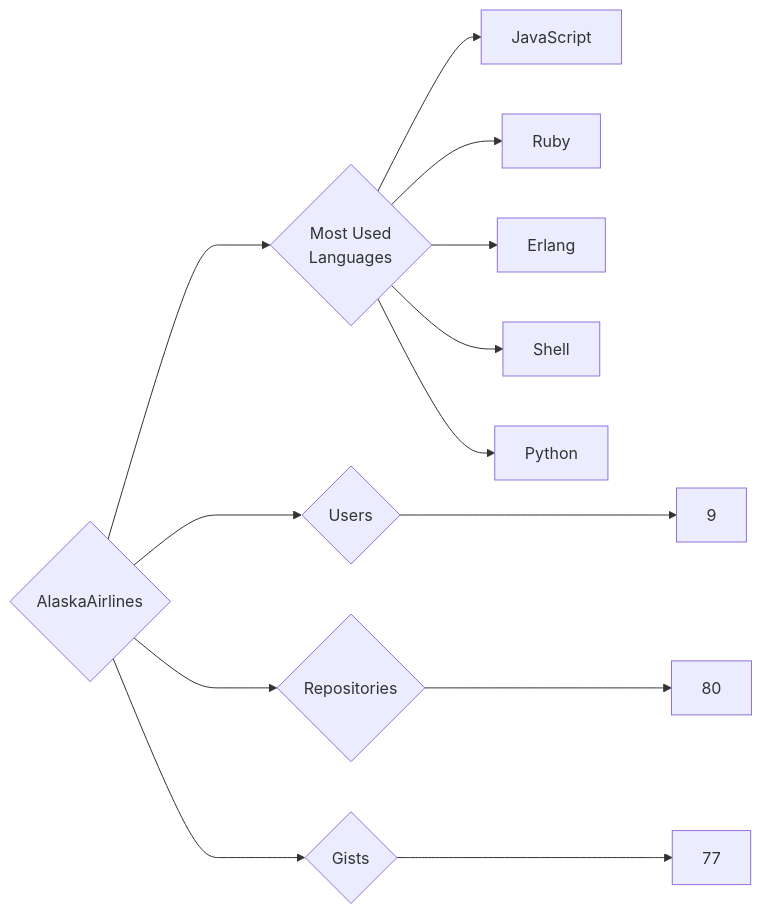
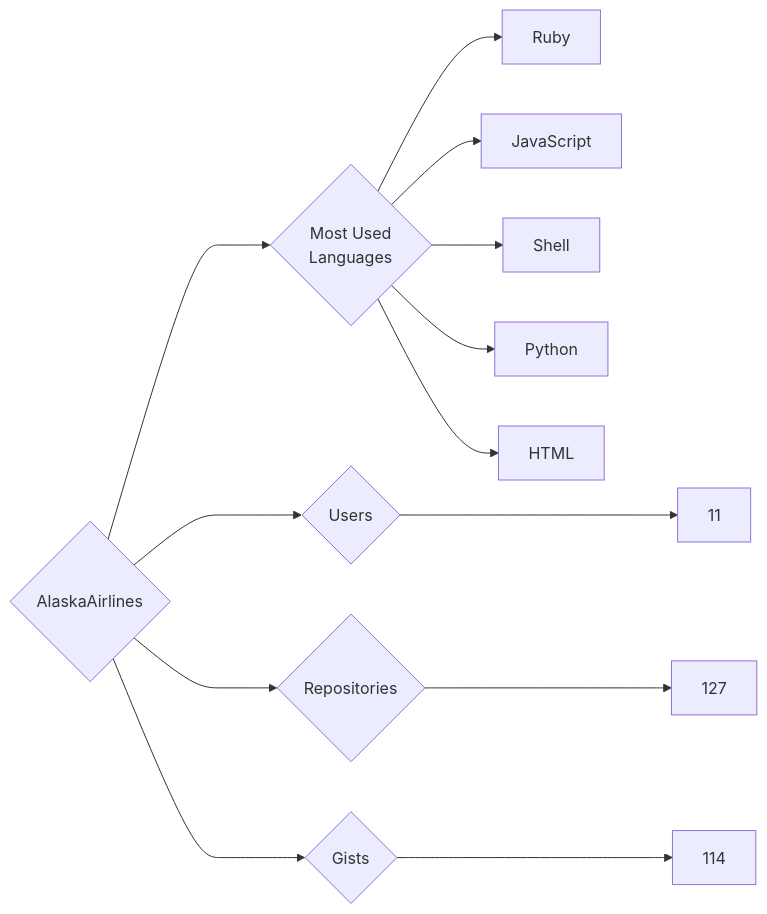
The diagram in targets/AlaskaAirlines/README.md (trickest/insiders), drawn with Mermaid before and after one commit. The commit also changed 857 other files, not shown here.

````diff
--- a/targets/AlaskaAirlines/README.md
+++ b/targets/AlaskaAirlines/README.md
@@ -3,13 +3,13 @@
 ```mermaid
 graph LR
 COMPANY_NAME{AlaskaAirlines}
-COMPANY_NAME ---> U{Users} ---> UN[9]
-COMPANY_NAME ---> R{Repositories} ---> RN[80]
-COMPANY_NAME ---> G{Gists} ---> GN[77]
+COMPANY_NAME ---> U{Users} ---> UN[11]
+COMPANY_NAME ---> R{Repositories} ---> RN[127]
+COMPANY_NAME ---> G{Gists} ---> GN[114]
 COMPANY_NAME ---> ML{Most Used<br>Languages}
+ML --> Ruby[Ruby]
 ML --> JavaScript[JavaScript]
-ML --> Ruby[Ruby]
-ML --> Erlang[Erlang]
 ML --> Shell[Shell]
 ML --> Python[Python]
+ML --> HTML[HTML]
 ```
````
